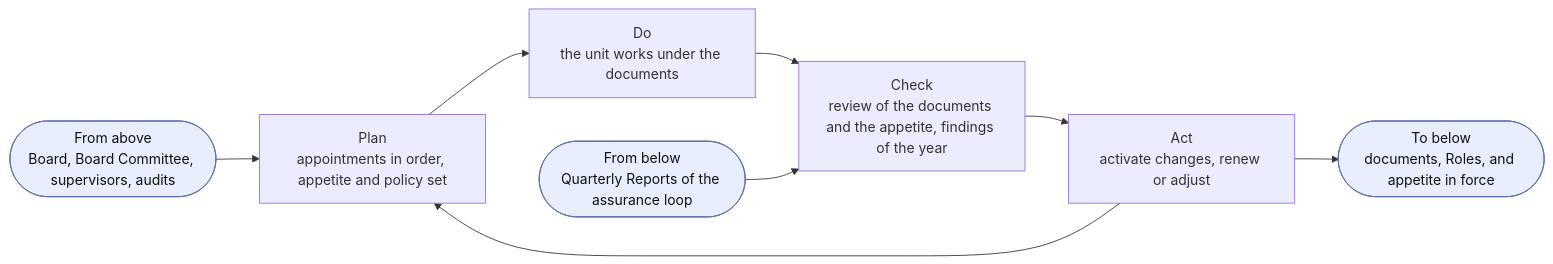
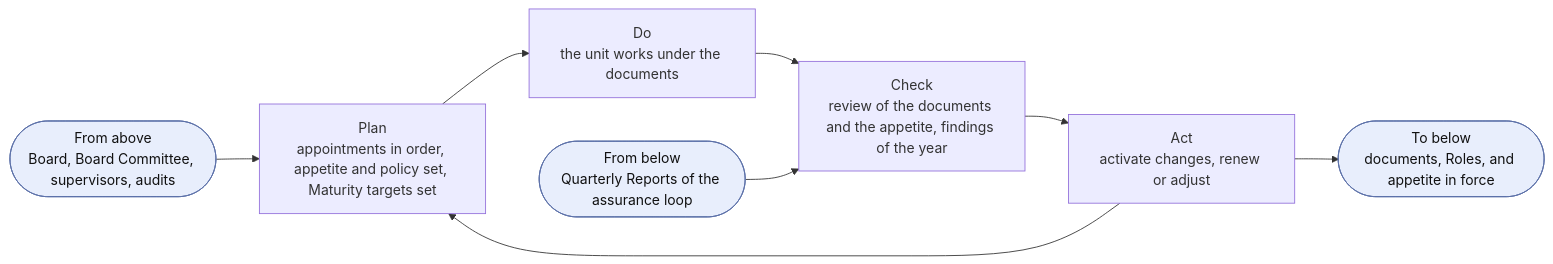
Before and after one commit to devhogu/ob-aicc: the second of 8 diagrams in charter/documents/operating-model.md, drawn with Mermaid. The commit also changed other lines of this file and 455 other files, not shown here.

First line of the commit message:
Charter and Registry at revision 2.0: the documents carry what the portal states by intent (DR-2026-062)

````diff
--- a/charter/documents/operating-model.md
+++ b/charter/documents/operating-model.md
@@ -160,8 +168,8 @@
 ```mermaid
 flowchart LR
   IN(["From above<br/>Board, Board Committee, supervisors, audits"]):::iface --> P
-  P["Plan<br/>appointments in order, appetite and policy set"] --> D["Do<br/>the unit works under the documents"] --> C["Check<br/>review of the documents and the appetite, findings of the year"] --> A["Act<br/>activate changes, renew or adjust"] --> P
+  P["Plan<br/>appointments in order, appetite and policy set, Maturity targets set"] --> D["Do<br/>the unit works under the documents"] --> C["Check<br/>review of the documents and the appetite, findings of the year"] --> A["Act<br/>activate changes, renew or adjust"] --> P
   EV(["From below<br/>Quarterly Reports of the assurance loop"]):::iface --> C
   A --> OUT(["To below<br/>documents, Roles, and appetite in force"]):::iface
   classDef iface fill:#e8eefc,stroke:#5a6fa8,color:#111
 ```
````
